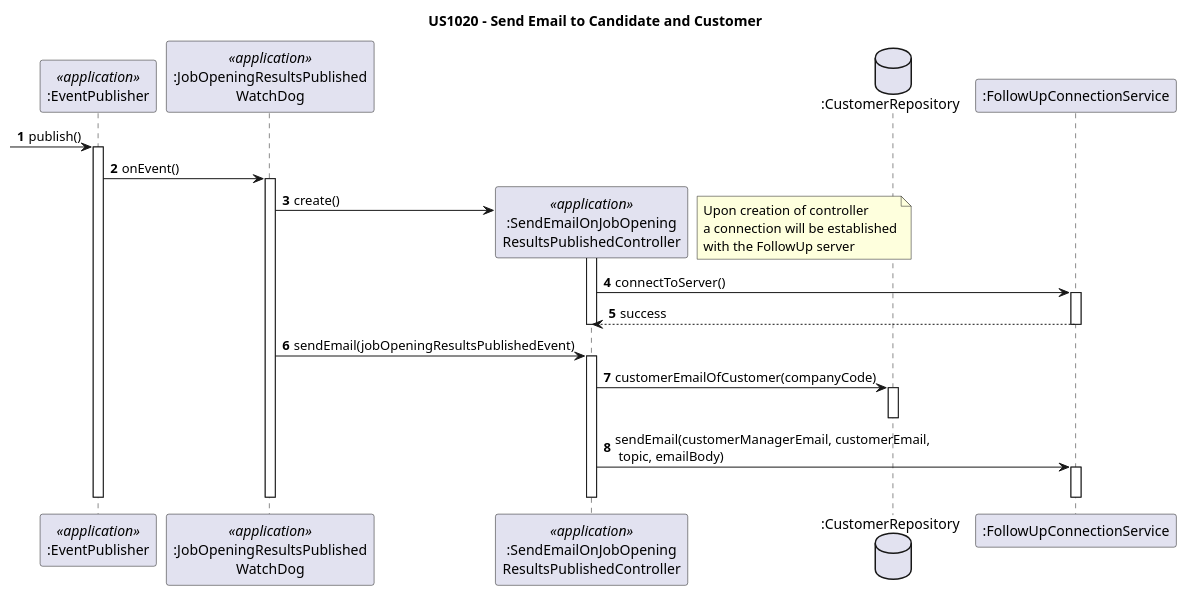
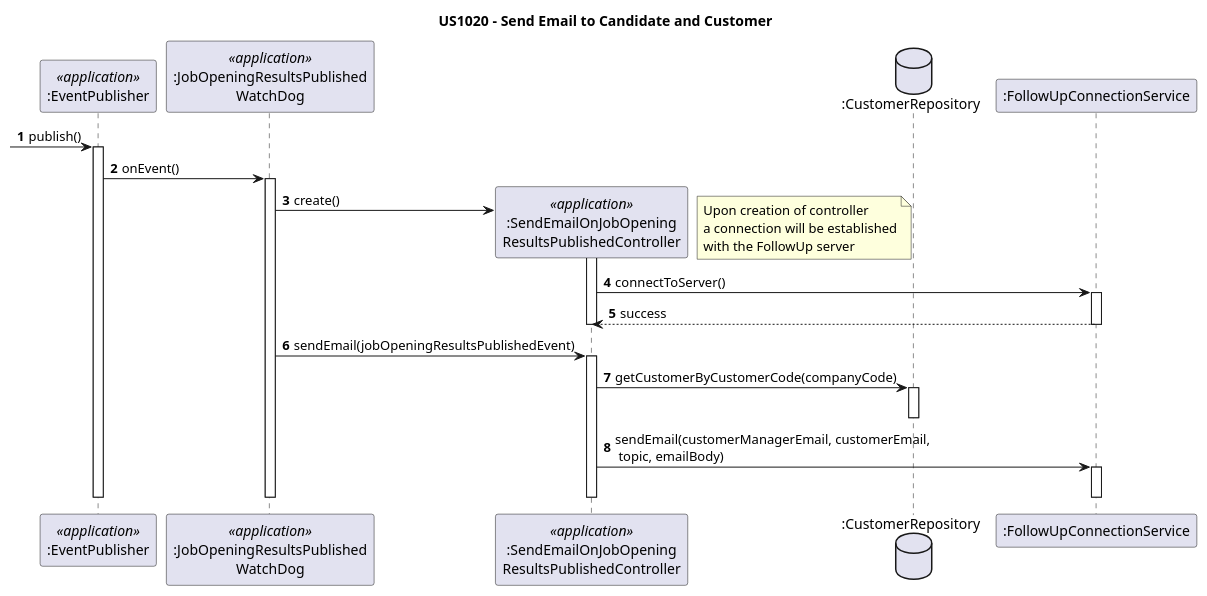
Before and after one commit to rita-barbosa/LAPR4-2324: the diagram in docs/sprint-c/us_1020/design-diagrams/sequence-diagram-job-opening-results-published.puml, drawn with PlantUML. The commit also changed 5 other files, not shown here.

```diff
--- a/docs/sprint-c/us_1020/design-diagrams/sequence-diagram-job-opening-results-published.puml
+++ b/docs/sprint-c/us_1020/design-diagrams/sequence-diagram-job-opening-results-published.puml
@@ -1,56 +1,56 @@
 @startuml
 autonumber
 
 title US1020 - Send Email to Candidate and Customer
 
 
 participant ":EventPublisher" as EP <<application>>
 participant ":JobOpeningResultsPublished\nWatchDog" as WD <<application>>
 participant ":SendEmailOnJobOpening\nResultsPublishedController" as CTRL_EVENT <<application>>
 database ":CustomerRepository" as C_REPO
 participant ":FollowUpConnectionService" as ENTITY
 
 
  -> EP : publish()
 activate EP
 
 EP -> WD: onEvent()
 activate WD
 
 WD -> CTRL_EVENT**: create()
 activate CTRL_EVENT
 
 note right
 Upon creation of controller
 a connection will be established
 with the FollowUp server
 end note
 
 CTRL_EVENT -> ENTITY: connectToServer()
 activate ENTITY
 
 ENTITY --> CTRL_EVENT : success
 deactivate ENTITY
 deactivate CTRL_EVENT
 
 WD -> CTRL_EVENT: sendEmail(jobOpeningResultsPublishedEvent)
 activate CTRL_EVENT
 
-CTRL_EVENT -> C_REPO: customerEmailOfCustomer(companyCode)
+CTRL_EVENT -> C_REPO: getCustomerByCustomerCode(companyCode)
 activate C_REPO
 deactivate C_REPO
 
 
 CTRL_EVENT -> ENTITY: sendEmail(customerManagerEmail, customerEmail,\n topic, emailBody)
 activate ENTITY
 
 
 deactivate ENTITY
 
 deactivate WD
 deactivate EP
 deactivate CTRL_EVENT
 'deactivate EMS
 
 
 @enduml
```
